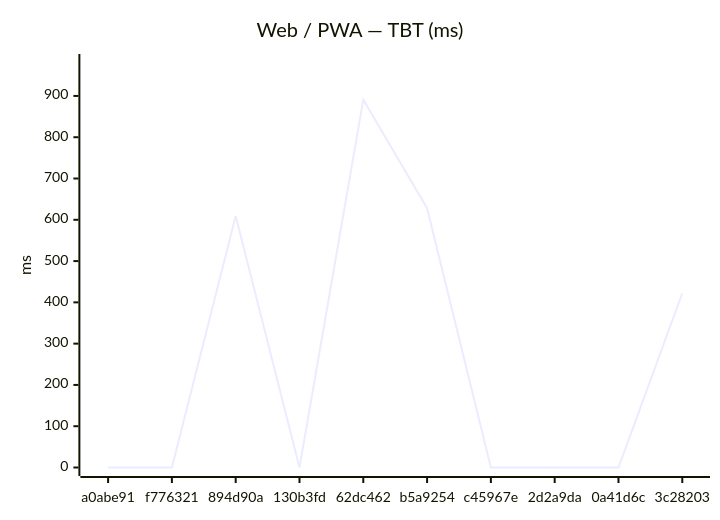
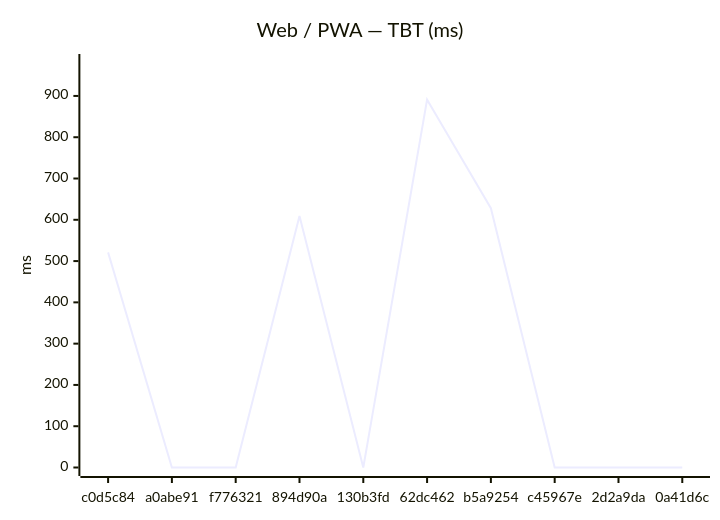
Before and after one commit to Metaheurist/Rianell: the second of 18 diagrams in benchmarks/compare.md, drawn with Mermaid. The commit also changed other lines of this file and 11 other files, not shown here.

````diff
--- a/benchmarks/compare.md
+++ b/benchmarks/compare.md
@@ -31,7 +31,7 @@
 ```mermaid
 xychart-beta
     title "Web / PWA — TBT (ms)"
-    x-axis ["a0abe91", "f776321", "894d90a", "130b3fd", "62dc462", "b5a9254", "c45967e", "2d2a9da", "0a41d6c", "3c28203"]
+    x-axis ["c0d5c84", "a0abe91", "f776321", "894d90a", "130b3fd", "62dc462", "b5a9254", "c45967e", "2d2a9da", "0a41d6c"]
     y-axis "ms" 0 --> 981
-    line [0, 0, 609, 0, 891, 628, 0, 0, 0, 422]
+    line [521, 0, 0, 609, 0, 891, 628, 0, 0, 0]
 ```
````
